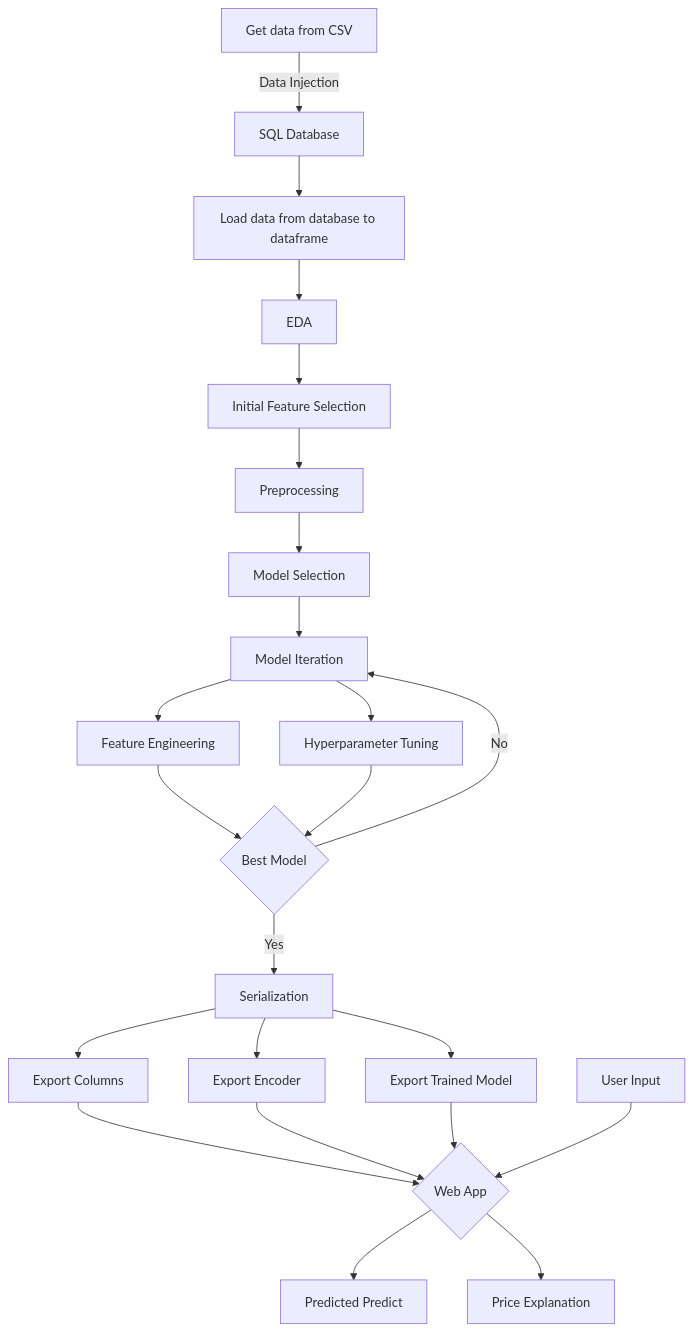
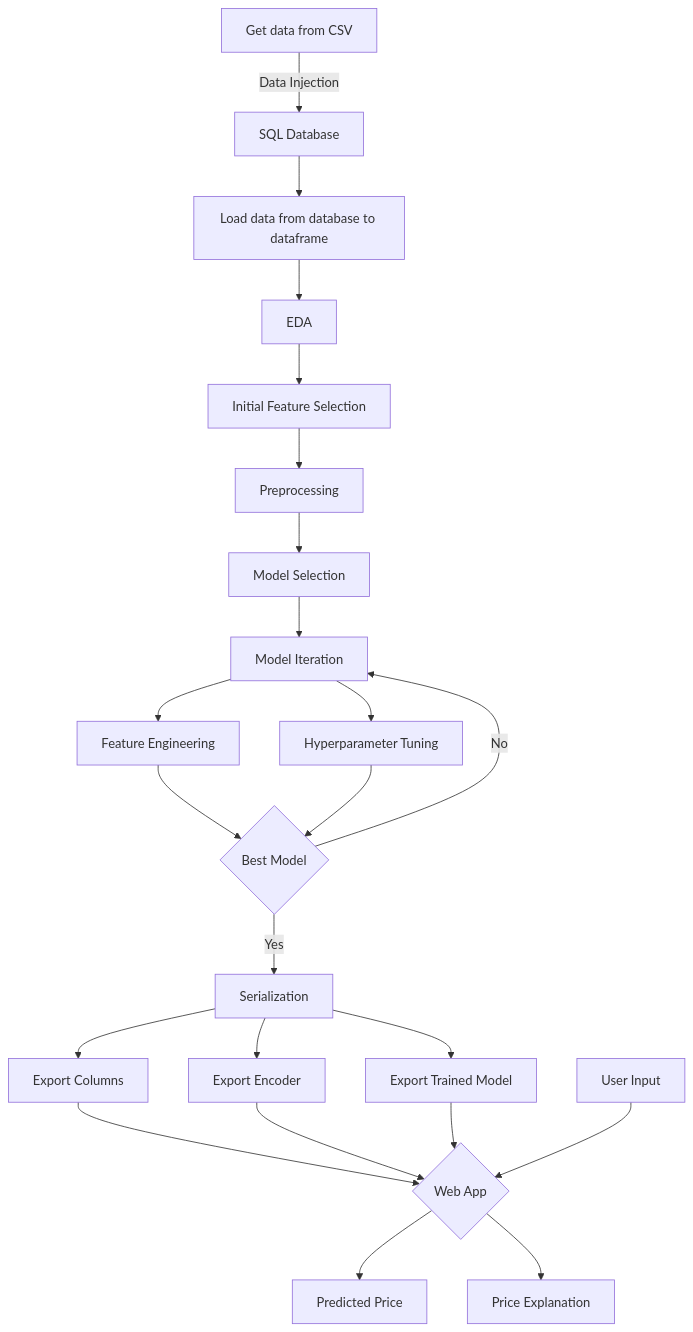
One commit to ge0rgeth0mas/HOUSE-PRICE-PREDICTOR changed the diagram in README.md. Above: the diagram before and after it, drawn with Mermaid. The commit also changed other lines of this file, not shown here.

````diff
--- a/README.md
+++ b/README.md
@@ -87,25 +87,25 @@
 ```mermaid
 graph TD;
     A[Get data from CSV] --> |Data Injection| B[SQL Database];
     B --> C[Load data from database to dataframe];
     C --> D[EDA];
     D --> E[Initial Feature Selection];
     E --> F[Preprocessing];
     F --> G[Model Selection];
     G --> H[Model Iteration];
     H --> I[Feature Engineering]
     H --> J[Hyperparameter Tuning]
     I --> K{Best Model}
     K --> |No| H;
     J --> K
     K --> |Yes| L[Serialization];
     L --> M[Export Columns];
     L --> N[Export Encoder];
     L --> P[Export Trained Model];
     M --> Q{Web App};
     N --> Q;
     P --> Q;
     O[User Input] --> Q;
-    Q --> R[Predicted Predict];
+    Q --> R[Predicted Price];
     Q --> S[Price Explanation];
 ```
````
